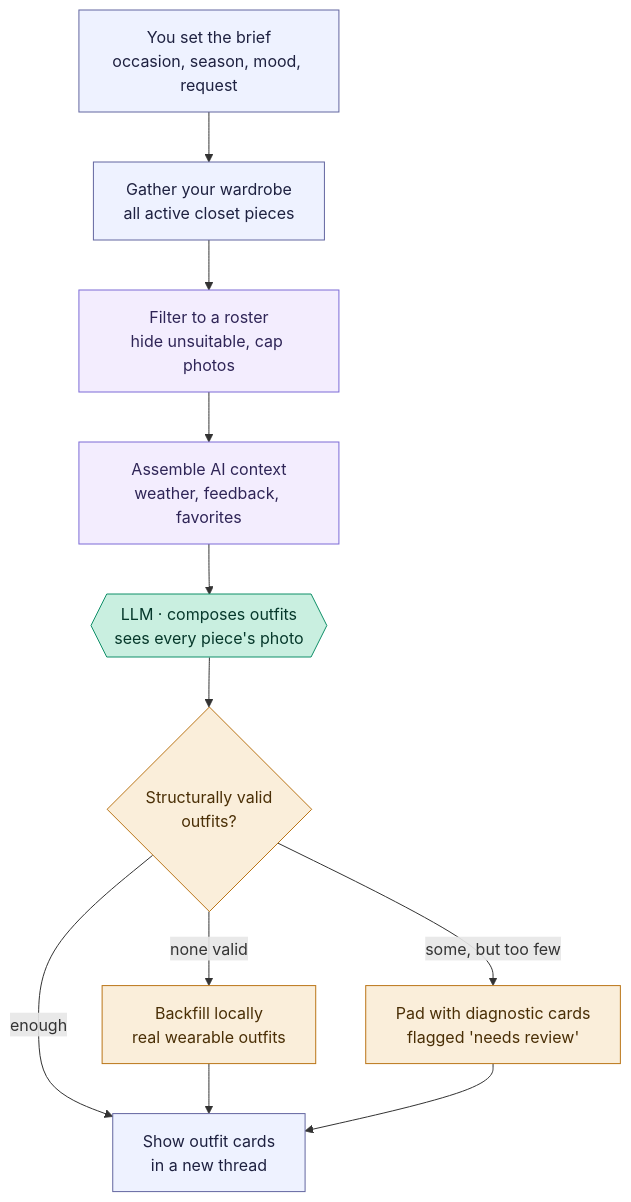
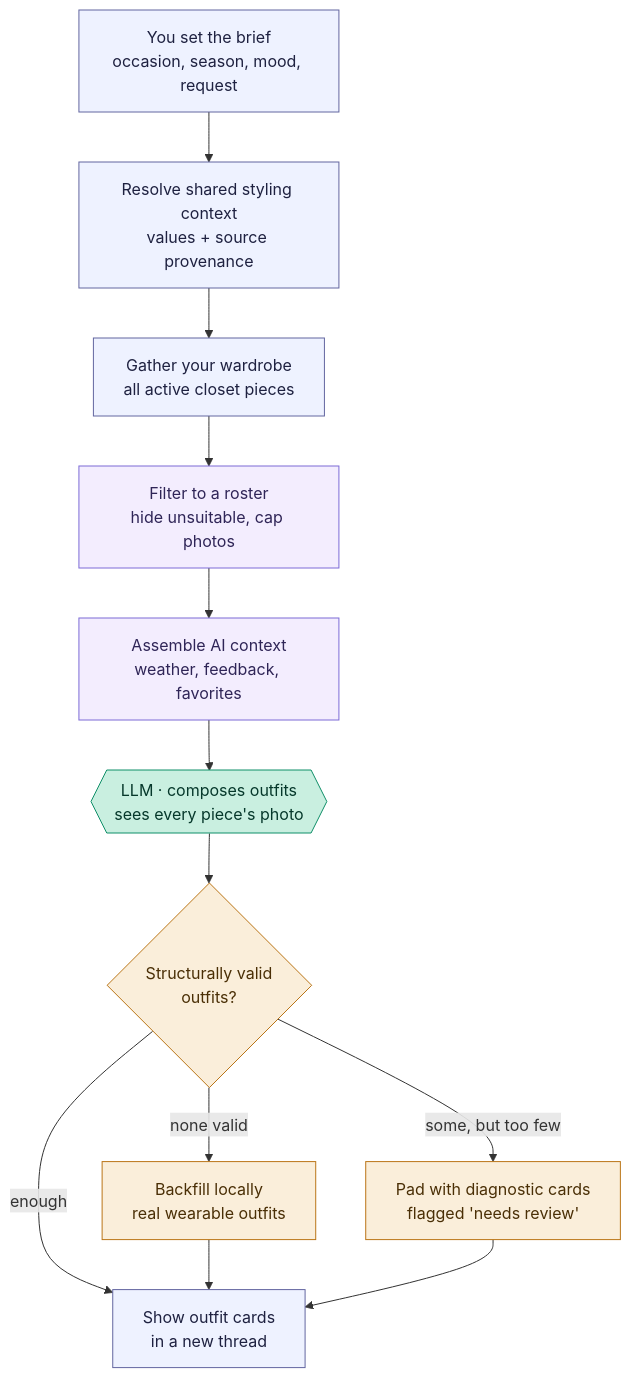
Before and after one commit to yunap/closet: the second of 4 diagrams in docs/flows/use-my-wardrobe.md, drawn with Mermaid. The commit also changed other lines of this file and 11 other files, not shown here.

Commit message:
Consolidate styling context ownership

````diff
--- a/docs/flows/use-my-wardrobe.md
+++ b/docs/flows/use-my-wardrobe.md
@@ -27,20 +27,21 @@
 ```mermaid
 flowchart TD
-    A["You set the brief<br/>occasion, season, mood, request"] --> B["Gather your wardrobe<br/>all active closet pieces"]
+    A["You set the brief<br/>occasion, season, mood, request"] --> X["Resolve shared styling context<br/>values + source provenance"]
+    X --> B["Gather your wardrobe<br/>all active closet pieces"]
     B --> C["Filter to a roster<br/>hide unsuitable, cap photos"]
     C --> D["Assemble AI context<br/>weather, feedback, favorites"]
     D --> E{{"LLM · composes outfits<br/>sees every piece's photo"}}
     E --> F{"Structurally valid<br/>outfits?"}
     F -->|enough| I["Show outfit cards<br/>in a new thread"]
     F -->|none valid| G["Backfill locally<br/>real wearable outfits"] --> I
     F -->|some, but too few| H["Pad with diagnostic cards<br/>flagged 'needs review'"] --> I
 
     classDef app fill:#eef2ff,stroke:#6366a0,color:#1e2140;
     classDef rules fill:#f3edfe,stroke:#7c6bd6,color:#2f2557;
     classDef model fill:#c9efe0,stroke:#0f8f68,color:#06382b;
     classDef check fill:#faeeda,stroke:#ba7517,color:#4a2f06;
-    class A,B,I app;
+    class A,X,B,I app;
     class C,D rules;
     class E model;
     class F,G,H check;
 ```
````
